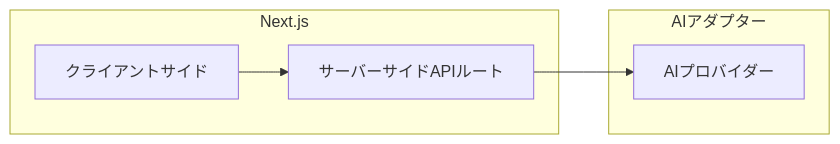
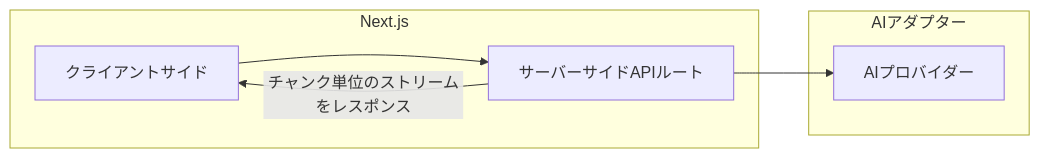
One commit to sudo-yoko/portfolio-nextjs changed the diagram in _docs/memo.md. Above: the diagram before and after it, drawn with Mermaid.

````diff
--- a/_docs/memo.md
+++ b/_docs/memo.md
@@ -1,12 +1,14 @@
  ```mermaid
 graph LR  
  クライアントサイド-->サーバーサイドAPIルート-->AIプロバイダー
+  サーバーサイドAPIルート--チャンク単位のストリームをレスポンス-->クライアントサイド
+
   subgraph funcA [Next.js]
     クライアントサイド
     サーバーサイドAPIルート
   end
 
   subgraph funcB [AIアダプター]
     AIプロバイダー
   end
  ```
````
